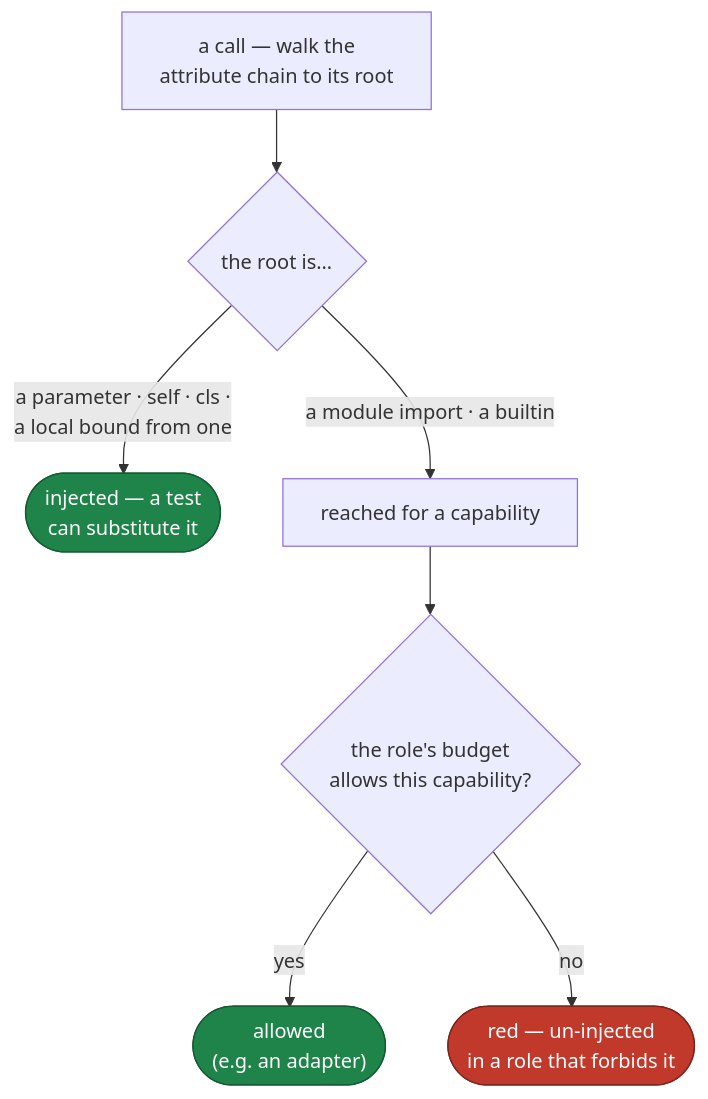
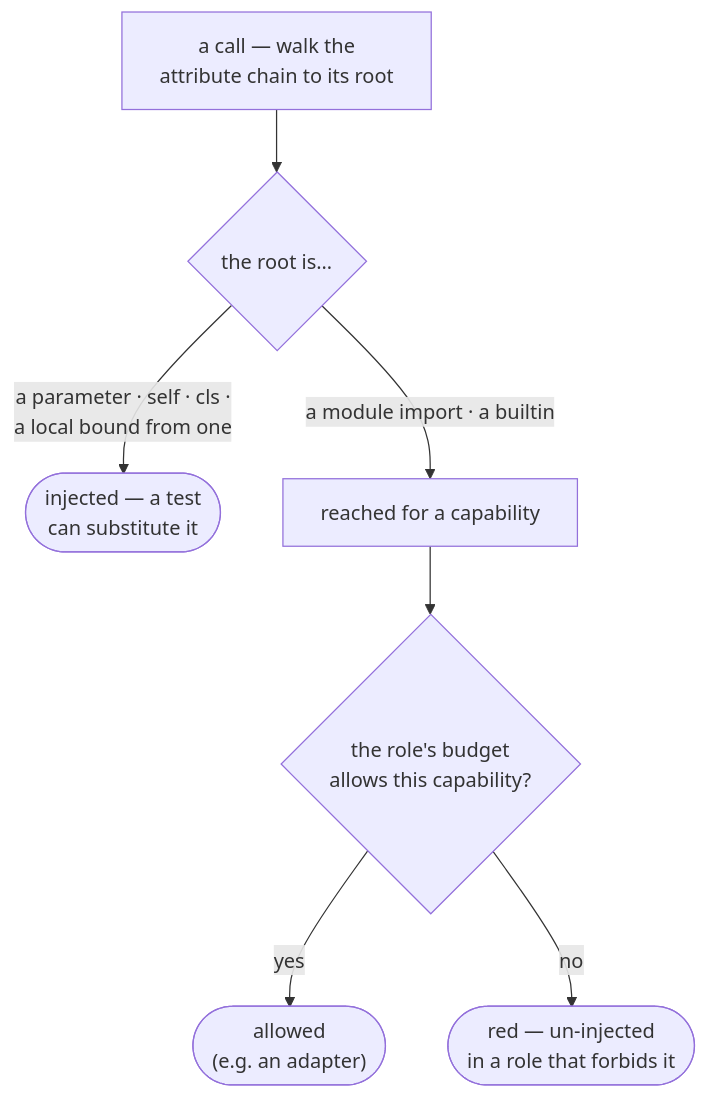
Before and after one commit to clintecker/celebrimbor: the diagram in docs/gate/capabilities.md, drawn with Mermaid. The commit also changed 12 other files, not shown here.

First line of the commit message:
docs: fix diagram rendering — drop hardcoded mermaid colors, real table headers

````diff
--- a/docs/gate/capabilities.md
+++ b/docs/gate/capabilities.md
@@ -28,13 +28,9 @@
 ```mermaid
 flowchart TD
     C["a call — walk the<br/>attribute chain to its root"] --> Q{the root is…}
     Q -->|"a parameter · self · cls ·<br/>a local bound from one"| INJ(["injected — a test<br/>can substitute it"])
     Q -->|"a module import · a builtin"| RC["reached for a capability"]
     RC --> B{"the role's budget<br/>allows this capability?"}
     B -->|yes| OK(["allowed<br/>(e.g. an adapter)"])
     B -->|no| RED(["red — un-injected<br/>in a role that forbids it"])
-    classDef red fill:#c0392b,stroke:#7b241c,color:#fff
-    classDef green fill:#1e8449,stroke:#145a32,color:#fff
-    class RED red
-    class INJ,OK green
 ```
````
